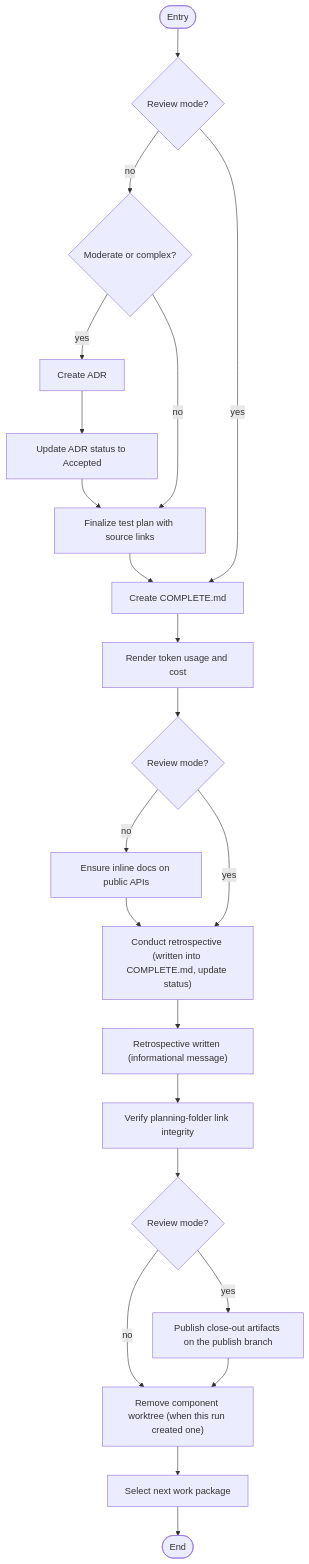
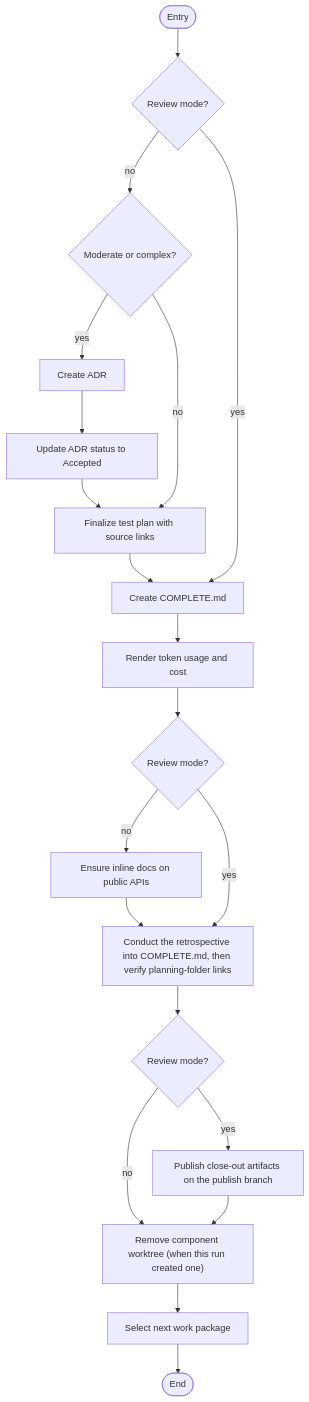
Diagram 15 of 15 in work-package/activities/README.md (m2ux/workflow-server), drawn with Mermaid before and after one commit. The commit also changed other lines of this file, not shown here.

First line of the commit message:
docs(work-package): group each activity diagram's straight runs into one block

````diff
--- a/work-package/activities/README.md
+++ b/work-package/activities/README.md
@@ -460,27 +415,25 @@
 ```mermaid
 graph TD
     entryNode(["Entry"]) --> adrGate{"Review mode?"}
 
     adrGate -->|"no"| checkADR{"Moderate or complex?"}
     checkADR -->|"yes"| createADR["Create ADR"]
     createADR --> updateADR["Update ADR status to Accepted"]
     updateADR --> finalizeTestPlan
     checkADR -->|"no"| finalizeTestPlan["Finalize test plan with source links"]
     finalizeTestPlan --> createComplete
 
     adrGate -->|"yes"| createComplete["Create COMPLETE.md"]
     createComplete --> tokenUsage["Render token usage and cost"]
     tokenUsage --> docsGate{"Review mode?"}
     docsGate -->|"no"| ensureDocs["Ensure inline docs on public APIs"]
     ensureDocs --> retrospective
-    docsGate -->|"yes"| retrospective["Conduct retrospective (written into COMPLETE.md, update status)"]
+    docsGate -->|"yes"| retrospective["Conduct the retrospective into COMPLETE.md, then verify planning-folder links"]
 
-    retrospective --> announce["Retrospective written (informational message)"]
-    announce --> verifyLinks["Verify planning-folder link integrity"]
-    verifyLinks --> publishGate{"Review mode?"}
+    retrospective --> publishGate{"Review mode?"}
     publishGate -->|"yes"| republish["Publish close-out artifacts on the publish branch"]
     publishGate -->|"no"| removeWorktree
     republish --> removeWorktree["Remove component worktree (when this run created one)"]
     removeWorktree --> selectNext["Select next work package"]
     selectNext --> doneNode(["End"])
 ```
````
